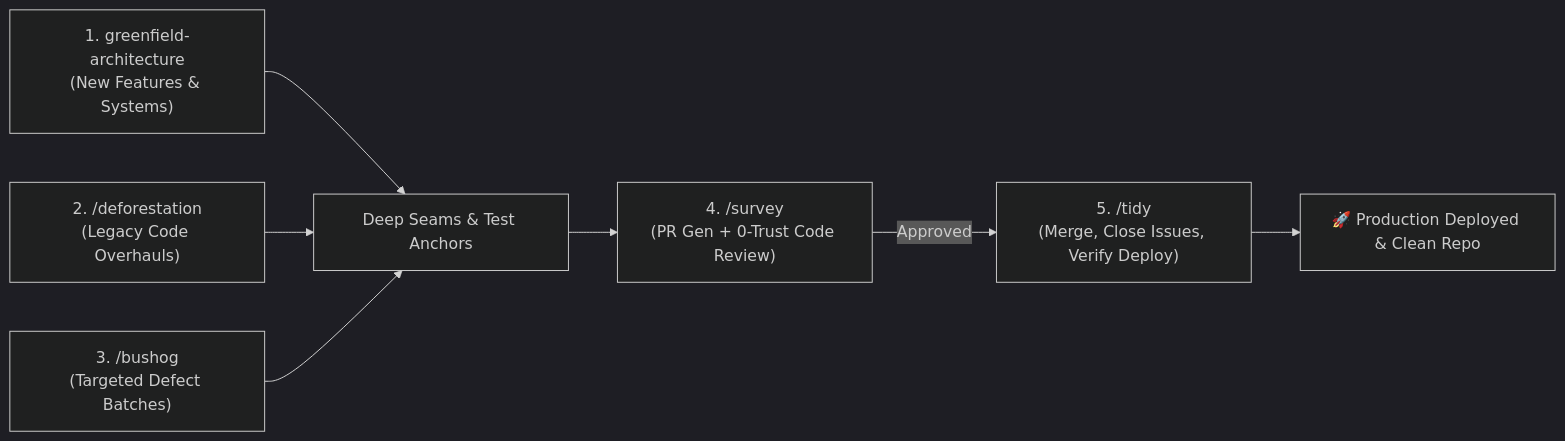
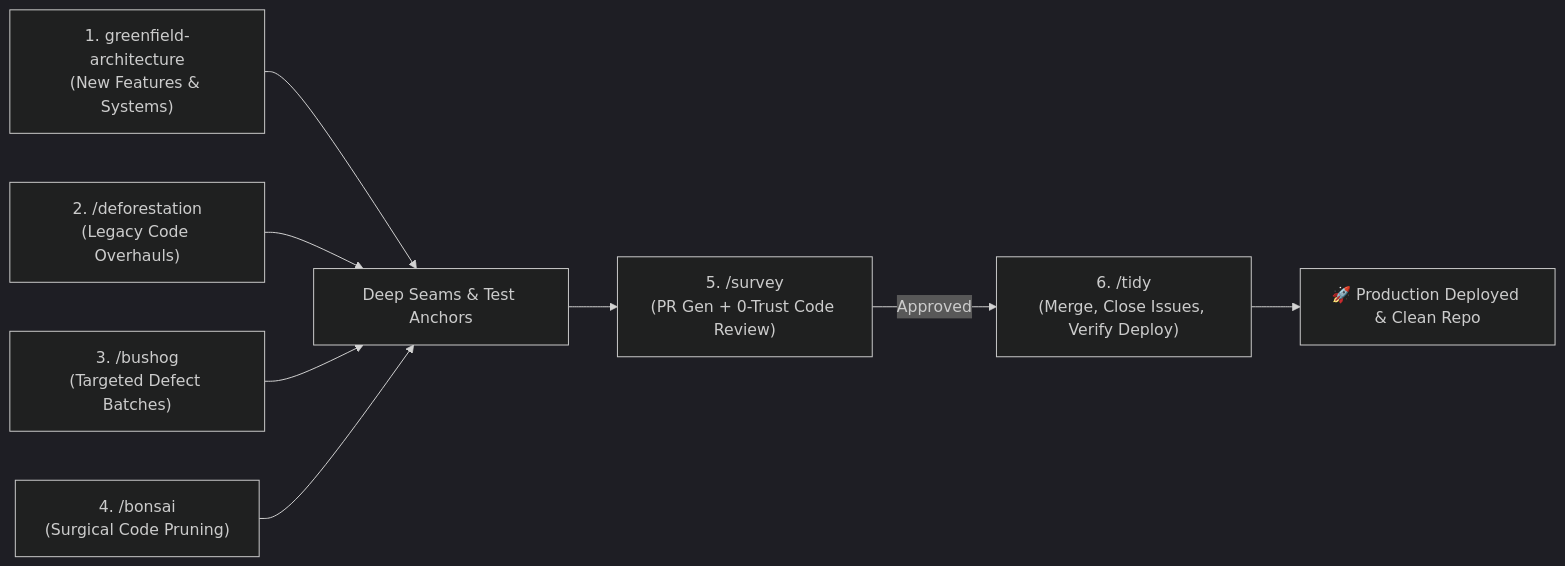
One commit to mcmxciillan/code-gardening changed the diagram in docs/WORKFLOWS.md. Above: the diagram before and after it, drawn with Mermaid (dark theme). The commit also changed other lines of this file and 7 other files, not shown here.

Commit message:
feat(bonsai): add /bonsai surgical code pruning and dependency weight reduction skill

````diff
--- a/docs/WORKFLOWS.md
+++ b/docs/WORKFLOWS.md
@@ -5,9 +5,10 @@
 ```mermaid
 graph LR
     A["1. greenfield-architecture<br>(New Features & Systems)"] --> G["Deep Seams & Test Anchors"]
     B["2. /deforestation<br>(Legacy Code Overhauls)"] --> G
     C["3. /bushog<br>(Targeted Defect Batches)"] --> G
-    G --> D["4. /survey<br>(PR Gen + 0-Trust Code Review)"]
-    D -->|Approved| E["5. /tidy<br>(Merge, Close Issues, Verify Deploy)"]
+    H["4. /bonsai<br>(Surgical Code Pruning)"] --> G
+    G --> D["5. /survey<br>(PR Gen + 0-Trust Code Review)"]
+    D -->|Approved| E["6. /tidy<br>(Merge, Close Issues, Verify Deploy)"]
     E --> F["🚀 Production Deployed & Clean Repo"]
 ```
````
